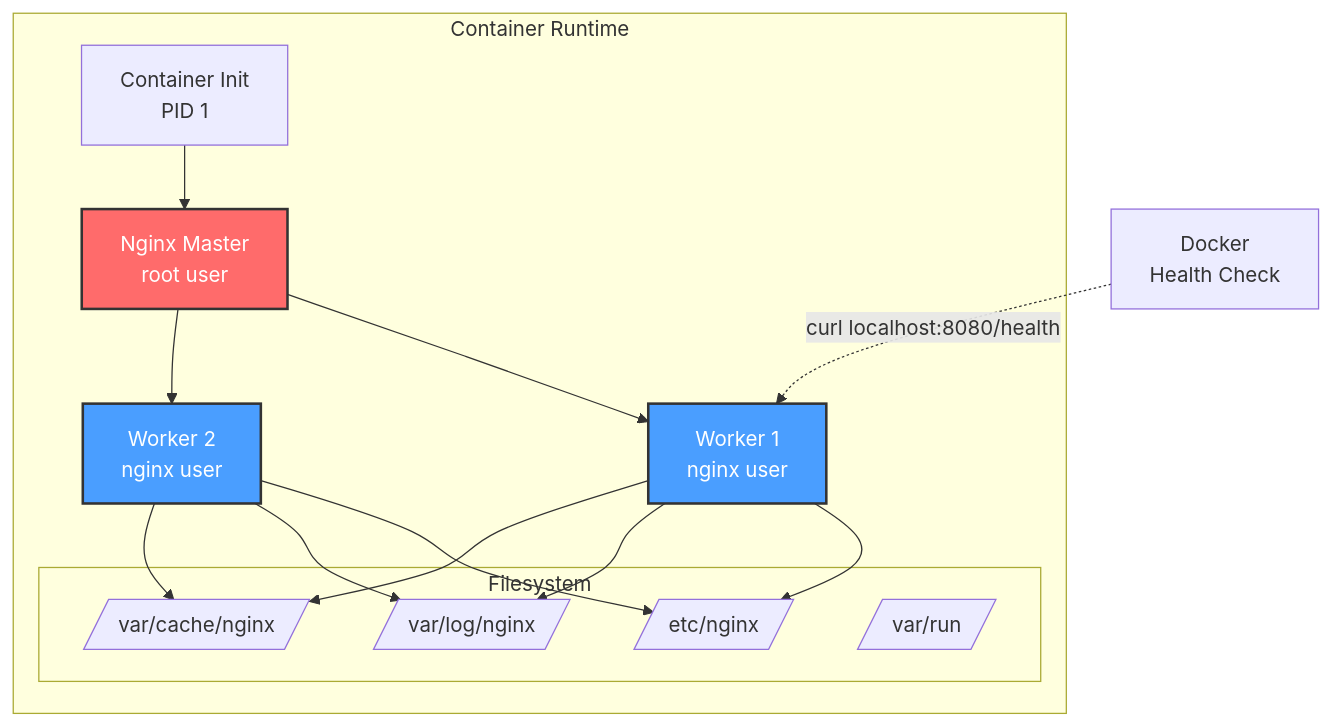
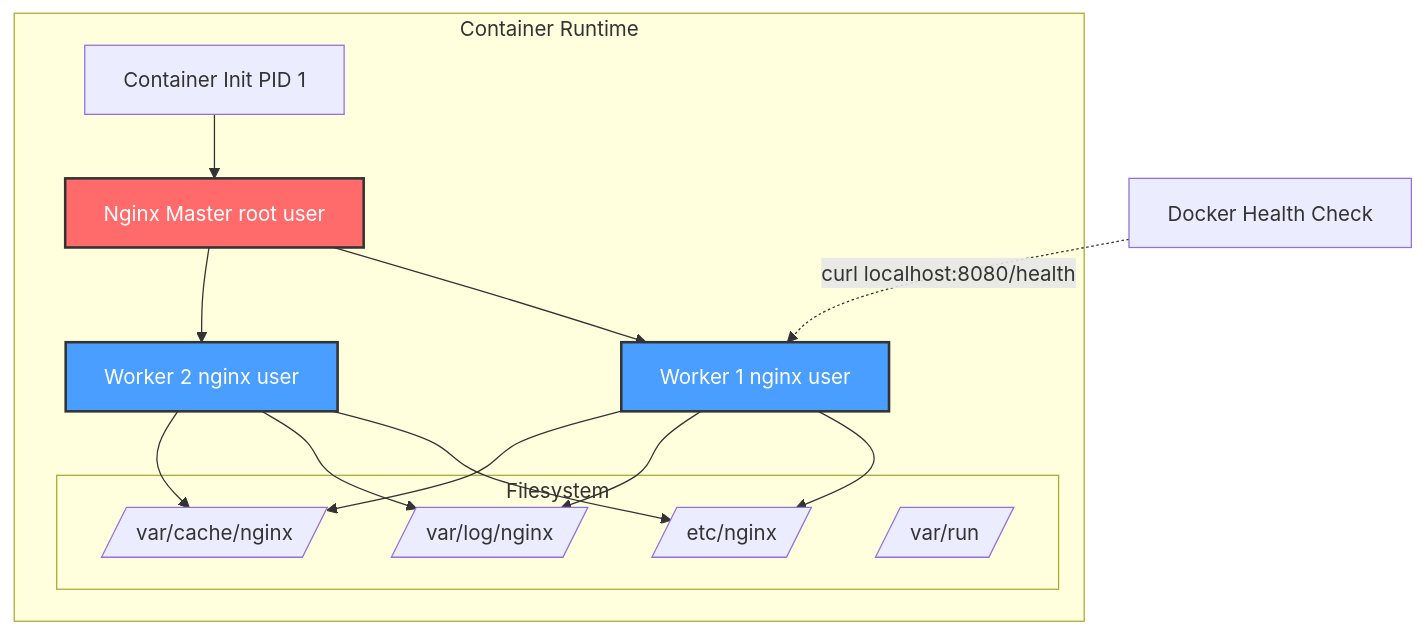
One commit to softwarewrighter/dev-proxy changed the ninth of 9 diagrams in wiki/Architecture.md. Above: the diagram before and after it, drawn with Mermaid. The commit also changed other lines of this file and 6 other files, not shown here.

First line of the commit message:
Fix wiki Mermaid diagrams: remove <br/> tags

````diff
--- a/wiki/Architecture.md
+++ b/wiki/Architecture.md
@@ -276,29 +276,29 @@
 ```mermaid
 graph TB
     subgraph "Container Runtime"
-        Init[Container Init<br/>PID 1] --> NginxMaster[Nginx Master<br/>root user]
+        Init[Container Init PID 1] --> NginxMaster[Nginx Master root user]
 
-        NginxMaster --> Worker1[Worker 1<br/>nginx user]
-        NginxMaster --> Worker2[Worker 2<br/>nginx user]
+        NginxMaster --> Worker1[Worker 1 nginx user]
+        NginxMaster --> Worker2[Worker 2 nginx user]
 
         subgraph "Filesystem"
             Conf[/etc/nginx/]
             Logs[/var/log/nginx/]
             Cache[/var/cache/nginx/]
             Run[/var/run/]
         end
 
         Worker1 --> Conf
         Worker2 --> Conf
         Worker1 --> Logs
         Worker2 --> Logs
         Worker1 --> Cache
         Worker2 --> Cache
     end
 
-    HealthCheck[Docker<br/>Health Check] -.->|curl localhost:8080/health| Worker1
+    HealthCheck[Docker Health Check] -.->|curl localhost:8080/health| Worker1
 
     style NginxMaster fill:#ff6b6b,stroke:#333,stroke-width:2px,color:#fff
     style Worker1 fill:#4a9eff,stroke:#333,stroke-width:2px,color:#fff
     style Worker2 fill:#4a9eff,stroke:#333,stroke-width:2px,color:#fff
 ```
````
